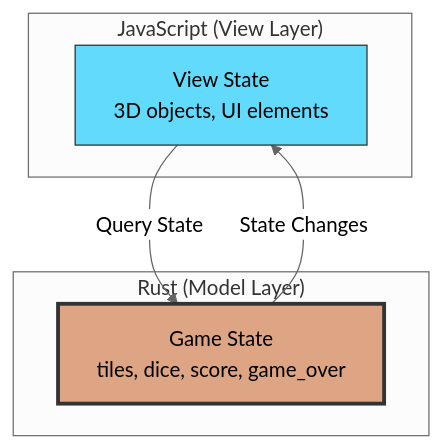
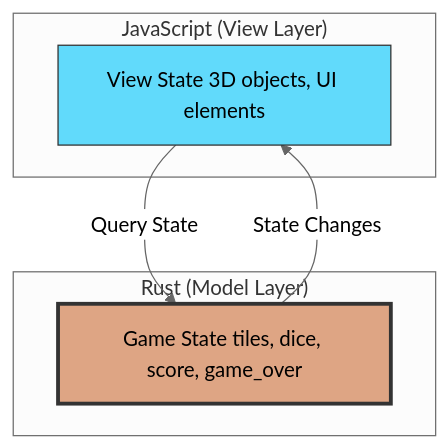
One commit to softwarewrighter/shut_the_box changed the fifth of 7 diagrams in wiki/Architecture.md. Above: the diagram before and after it, drawn with Mermaid (neutral theme). The commit also changed other lines of this file and 5 other files, not shown here.

````diff
--- a/wiki/Architecture.md
+++ b/wiki/Architecture.md
@@ -172,16 +172,16 @@
 ```mermaid
 graph TD
     subgraph "JavaScript (View Layer)"
-        VIEW[View State<br/>3D objects, UI elements]
+        VIEW[View State 3D objects, UI elements]
     end
 
     subgraph "Rust (Model Layer)"
-        MODEL[Game State<br/>tiles, dice, score, game_over]
+        MODEL[Game State tiles, dice, score, game_over]
     end
 
     VIEW -->|Query State| MODEL
     MODEL -->|State Changes| VIEW
 
     style MODEL fill:#dea584,stroke:#333,stroke-width:3px
     style VIEW fill:#61dafb,stroke:#333,stroke-width:1px
 ```
````
